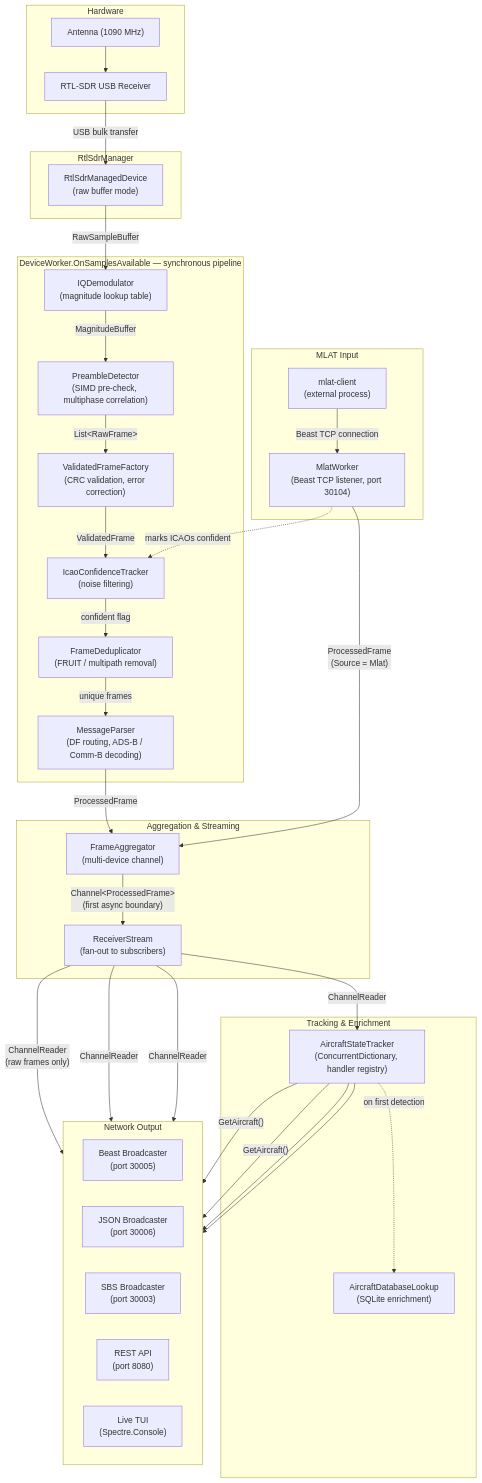
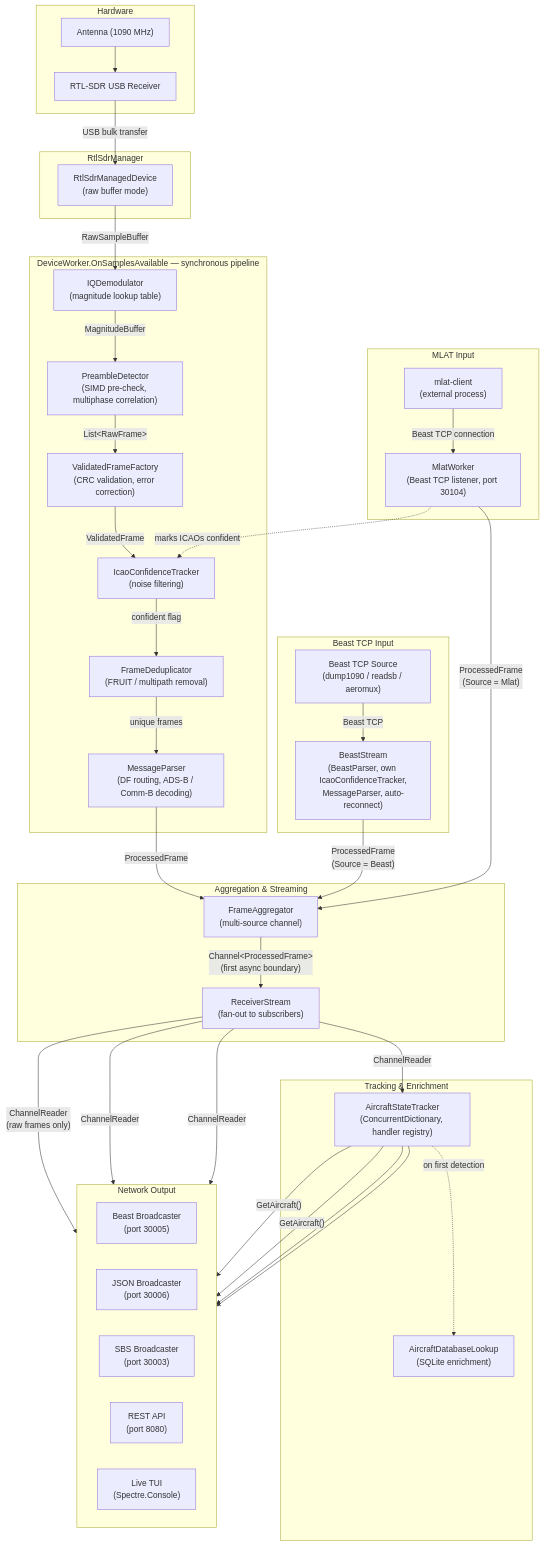
Before and after one commit to aeromux/aeromux: the third of 11 diagrams in docs/ARCHITECTURE.md, drawn with Mermaid. The commit also changed other lines of this file and 45 other files, not shown here.

Commit message:
Implement unified input model with aggregated SDR and Beast sources (CLI, config, streaming, docs, tests)

````diff
--- a/docs/ARCHITECTURE.md
+++ b/docs/ARCHITECTURE.md
@@ -115,72 +118,80 @@
 ```mermaid
 flowchart TD
     subgraph hw["Hardware"]
         ANT["Antenna (1090 MHz)"]
         SDR["RTL-SDR USB Receiver"]
     end
 
     subgraph rtlsdr["RtlSdrManager"]
         DRV["RtlSdrManagedDevice<br/>(raw buffer mode)"]
     end
 
     subgraph dw["DeviceWorker.OnSamplesAvailable — synchronous pipeline"]
         DEMOD["IQDemodulator<br/>(magnitude lookup table)"]
         PREAMBLE["PreambleDetector<br/>(SIMD pre-check, multiphase correlation)"]
         VALIDATE["ValidatedFrameFactory<br/>(CRC validation, error correction)"]
         CONFIDENCE["IcaoConfidenceTracker<br/>(noise filtering)"]
         DEDUP["FrameDeduplicator<br/>(FRUIT / multipath removal)"]
         PARSE["MessageParser<br/>(DF routing, ADS-B / Comm-B decoding)"]
     end
 
+    subgraph beast_in["Beast TCP Input"]
+        BEASTSRC["Beast TCP Source<br/>(dump1090 / readsb / aeromux)"]
+        BEASTSTREAM["BeastStream<br/>(BeastParser, own IcaoConfidenceTracker,<br/>MessageParser, auto-reconnect)"]
+    end
+
     subgraph mlat["MLAT Input"]
         MLATCLIENT["mlat-client<br/>(external process)"]
         MLATW["MlatWorker<br/>(Beast TCP listener, port 30104)"]
     end
 
     subgraph infra["Aggregation & Streaming"]
-        AGG["FrameAggregator<br/>(multi-device channel)"]
+        AGG["FrameAggregator<br/>(multi-source channel)"]
         STREAM["ReceiverStream<br/>(fan-out to subscribers)"]
     end
 
     subgraph tracking["Tracking & Enrichment"]
         TRACKER["AircraftStateTracker<br/>(ConcurrentDictionary, handler registry)"]
         DB["AircraftDatabaseLookup<br/>(SQLite enrichment)"]
     end
 
     subgraph output["Network Output"]
         direction LR
         BEAST["Beast Broadcaster<br/>(port 30005)"]
         JSON["JSON Broadcaster<br/>(port 30006)"]
         SBS["SBS Broadcaster<br/>(port 30003)"]
         API["REST API<br/>(port 8080)"]
         TUI["Live TUI<br/>(Spectre.Console)"]
     end
 
     ANT --> SDR
     SDR -->|"USB bulk transfer"| DRV
     DRV -->|"RawSampleBuffer"| DEMOD
     DEMOD -->|"MagnitudeBuffer"| PREAMBLE
     PREAMBLE -->|"List&lt;RawFrame&gt;"| VALIDATE
     VALIDATE -->|"ValidatedFrame"| CONFIDENCE
     CONFIDENCE -->|"confident flag"| DEDUP
     DEDUP -->|"unique frames"| PARSE
     PARSE -->|"ProcessedFrame"| AGG
 
+    BEASTSRC -->|"Beast TCP"| BEASTSTREAM
+    BEASTSTREAM -->|"ProcessedFrame<br/>(Source = Beast)"| AGG
+
     MLATCLIENT -->|"Beast TCP connection"| MLATW
     MLATW -->|"ProcessedFrame<br/>(Source = Mlat)"| AGG
     MLATW -.->|"marks ICAOs confident"| CONFIDENCE
 
     AGG -->|"Channel&lt;ProcessedFrame&gt;<br/>(first async boundary)"| STREAM
 
     STREAM -->|"ChannelReader"| TRACKER
     TRACKER -.->|"on first detection"| DB
 
     STREAM -->|"ChannelReader<br/>(raw frames only)"| BEAST
     TRACKER -->|"GetAircraft()"| JSON
     TRACKER -->|"GetAircraft()"| SBS
     TRACKER --> API
     TRACKER --> TUI
 
     STREAM -->|"ChannelReader"| JSON
     STREAM -->|"ChannelReader"| SBS
 ```
````
